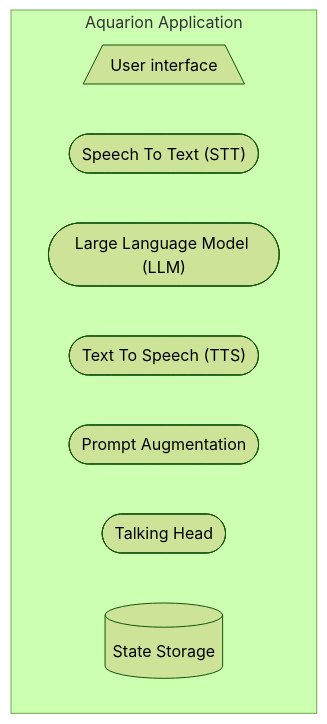
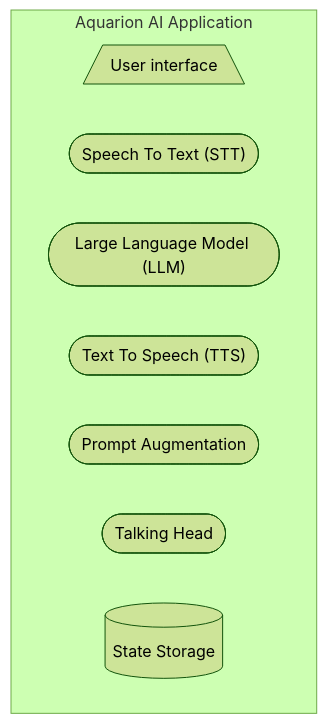
One commit to aquarion-ai/aquarion-docs changed the ninth of 9 diagrams in docs/system_architectures.md. Above: the diagram before and after it, drawn with Mermaid (forest theme). The commit also changed other lines of this file and 1 other file, not shown here.

````diff
--- a/docs/system_architectures.md
+++ b/docs/system_architectures.md
@@ -388,14 +388,14 @@
 ```mermaid
 graph LR
 
-subgraph app[Aquarion Application]
+subgraph app[Aquarion AI Application]
   direction LR
   ui[/User interface\]
   stt(["Speech To Text (STT)"])
   llm(["Large Language Model (LLM)"])
   tts(["Text To Speech (TTS)"])
   prompt([Prompt Augmentation])
   head([Talking Head])
   db[("State Storage")]
 end
 ```
````
